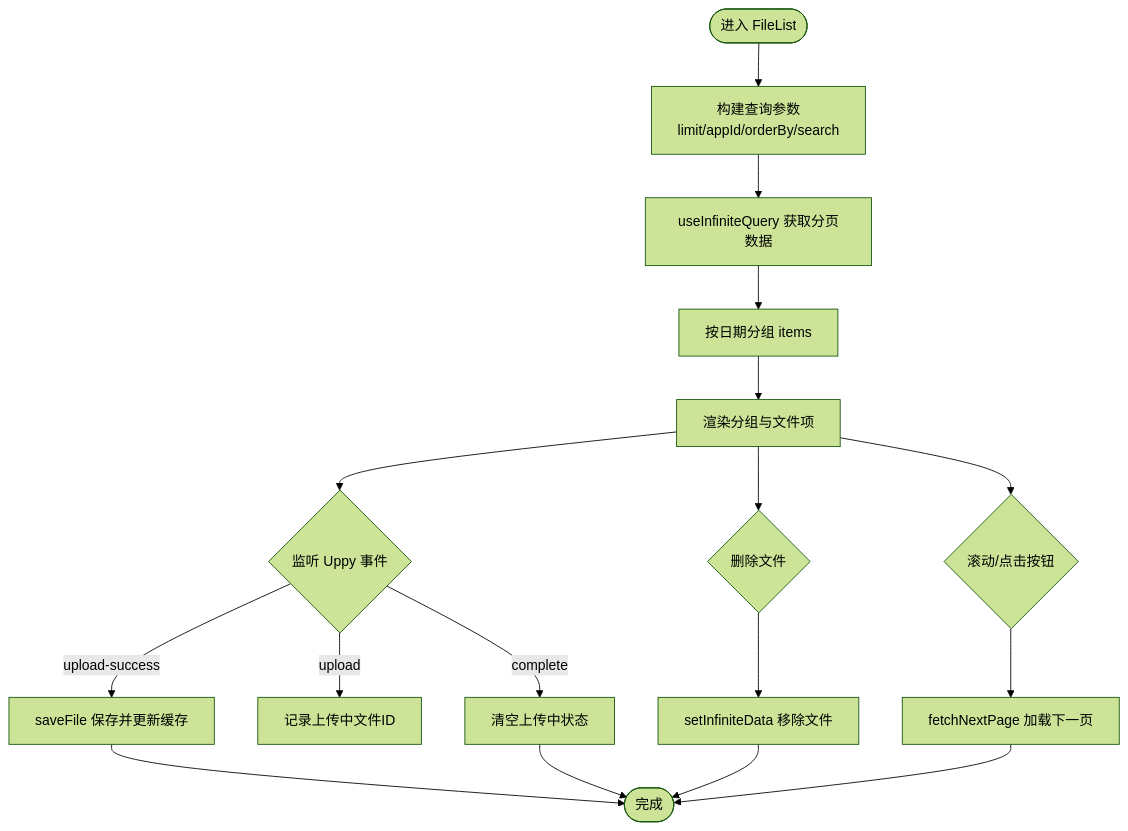
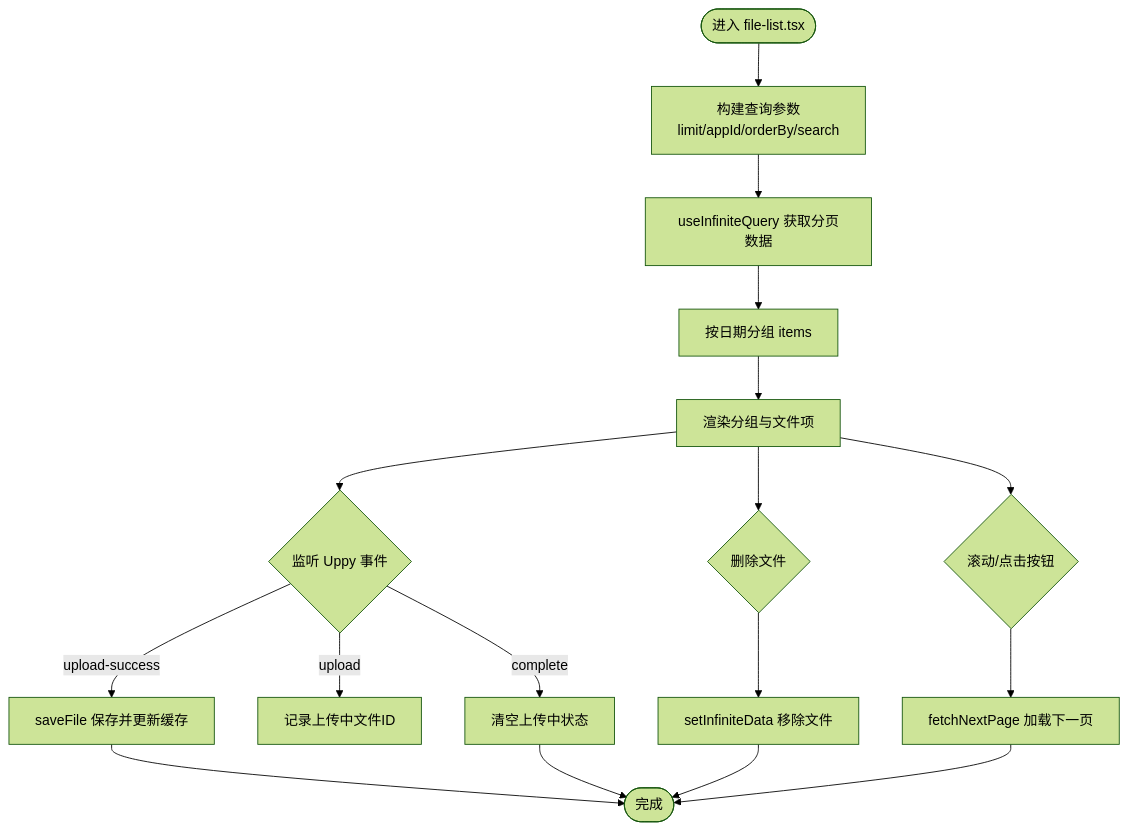
One commit to RadiumAg/image-saas changed the third of 8 diagrams in .qoder/repowiki/zh/content/前端组件架构/功能组件/数据展示组件.md. Above: the diagram before and after it, drawn with Mermaid (forest theme). The commit also changed other lines of this file and 60 other files, not shown here.

````diff
--- a/.qoder/repowiki/zh/content/前端组件架构/功能组件/数据展示组件.md
+++ b/.qoder/repowiki/zh/content/前端组件架构/功能组件/数据展示组件.md
@@ -181,19 +176,19 @@
 ```mermaid
 flowchart TD
-Start(["进入 FileList"]) --> BuildQuery["构建查询参数<br/>limit/appId/orderBy/search"]
+Start(["进入 file-list.tsx"]) --> BuildQuery["构建查询参数<br/>limit/appId/orderBy/search"]
 BuildQuery --> Fetch["useInfiniteQuery 获取分页数据"]
 Fetch --> Group["按日期分组 items"]
 Group --> Render["渲染分组与文件项"]
 Render --> UploadEvents{"监听 Uppy 事件"}
 UploadEvents --> |upload-success| Save["saveFile 保存并更新缓存"]
 UploadEvents --> |upload| Track["记录上传中文件ID"]
 UploadEvents --> |complete| Clear["清空上传中状态"]
 Render --> Delete{"删除文件"}
 Delete --> CacheUpdate["setInfiniteData 移除文件"]
 Render --> Scroll{"滚动/点击按钮"}
 Scroll --> LoadMore["fetchNextPage 加载下一页"]
 Save --> End(["完成"])
 CacheUpdate --> End
 LoadMore --> End
 Clear --> End
 ```
````
